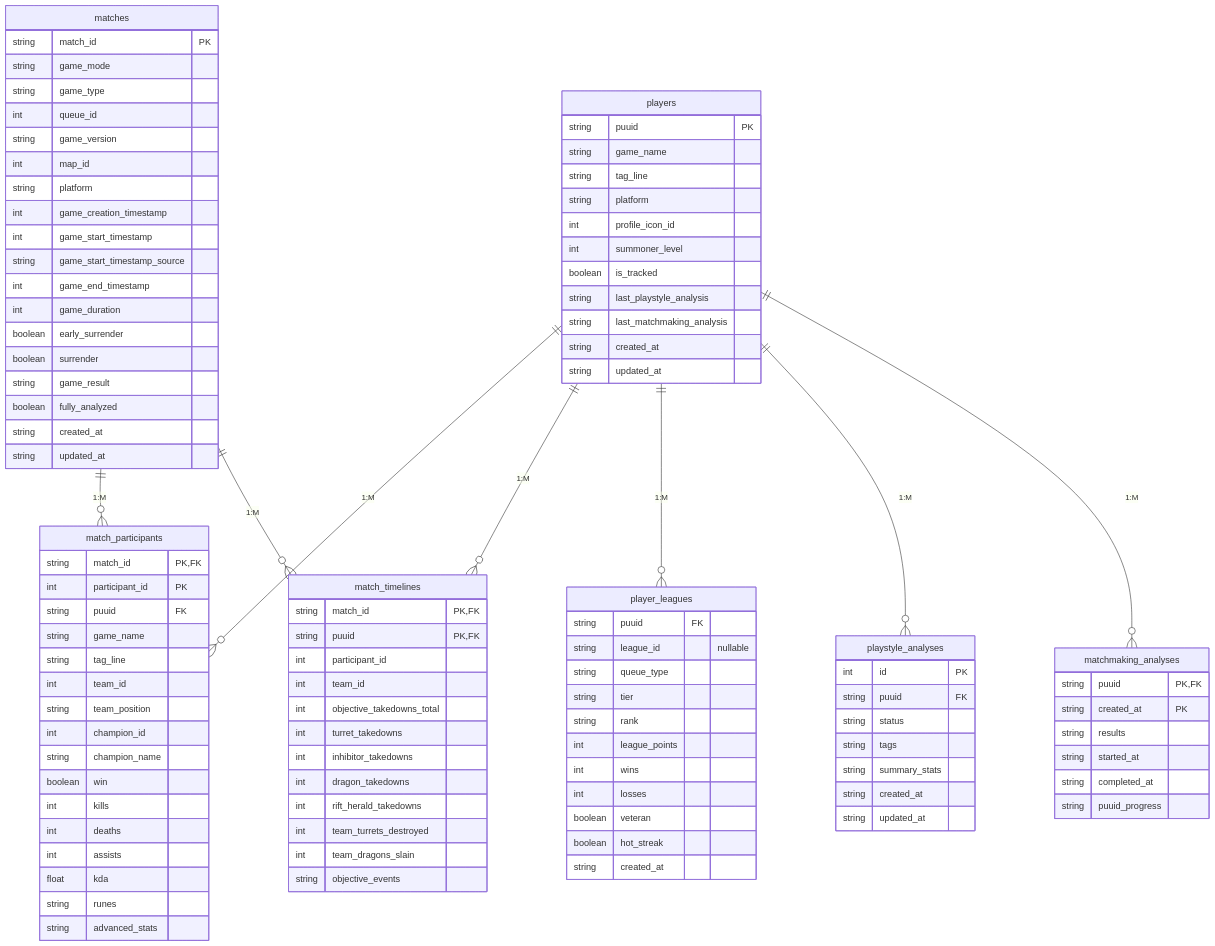
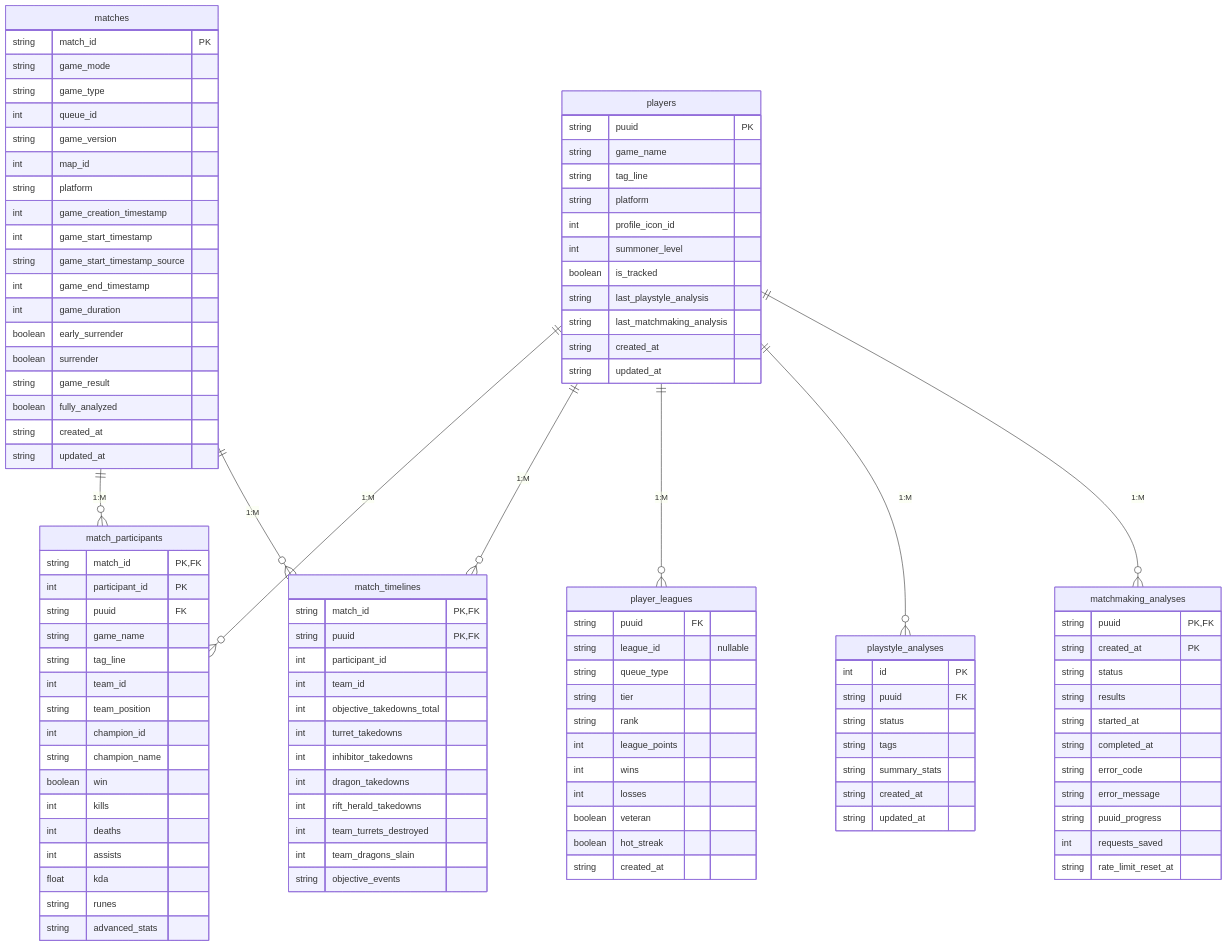
Before and after one commit to matejkadlec/league-analysis: the second of 3 diagrams in docs/database.md, drawn with Mermaid. The commit also changed other lines of this file and 16 other files, not shown here.

````diff
--- a/docs/database.md
+++ b/docs/database.md
@@ -215,9 +215,14 @@
     matchmaking_analyses {
         string puuid PK, FK
         string created_at PK
+        string status
         string results
         string started_at
         string completed_at
+        string error_code
+        string error_message
         string puuid_progress
+        int requests_saved
+        string rate_limit_reset_at
     }
 ```
````
